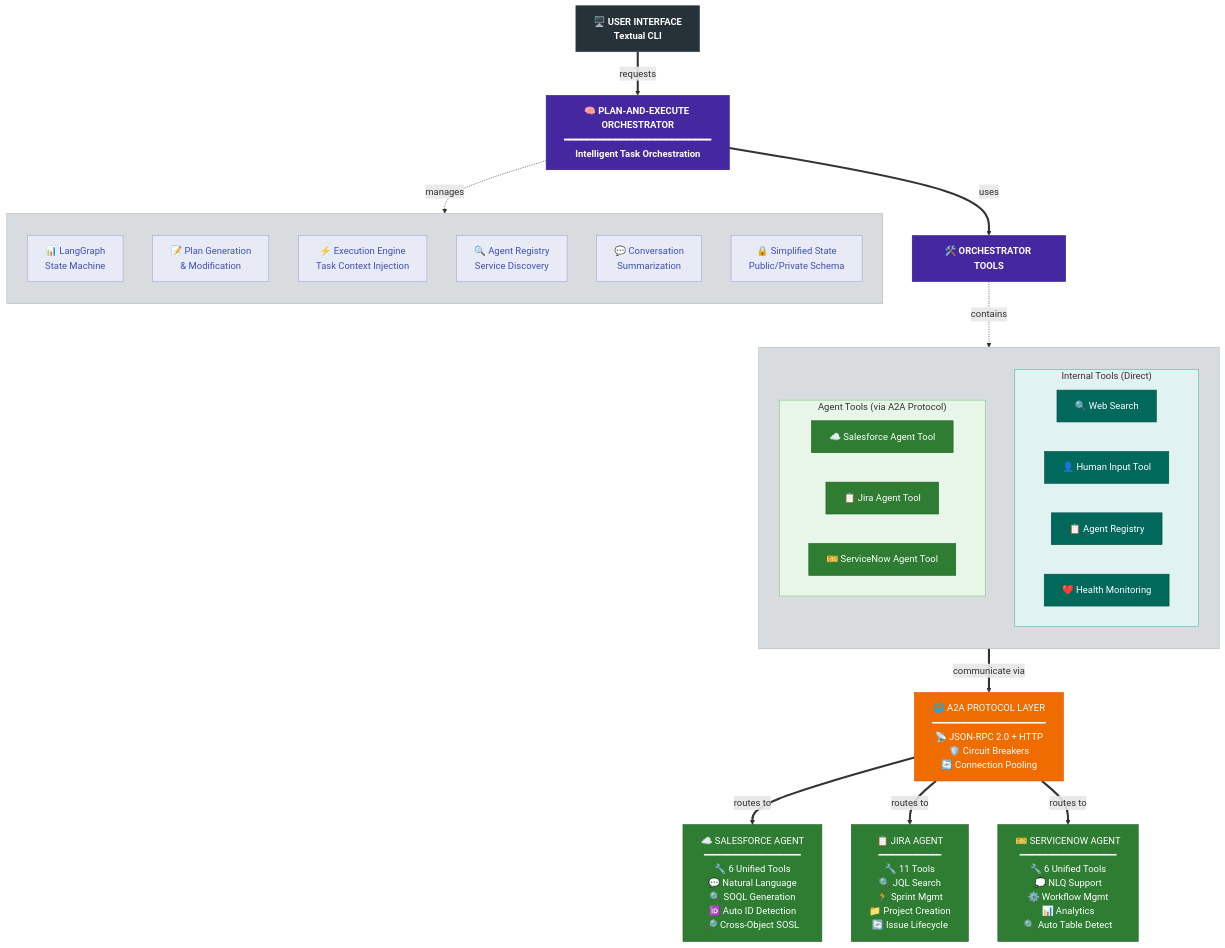
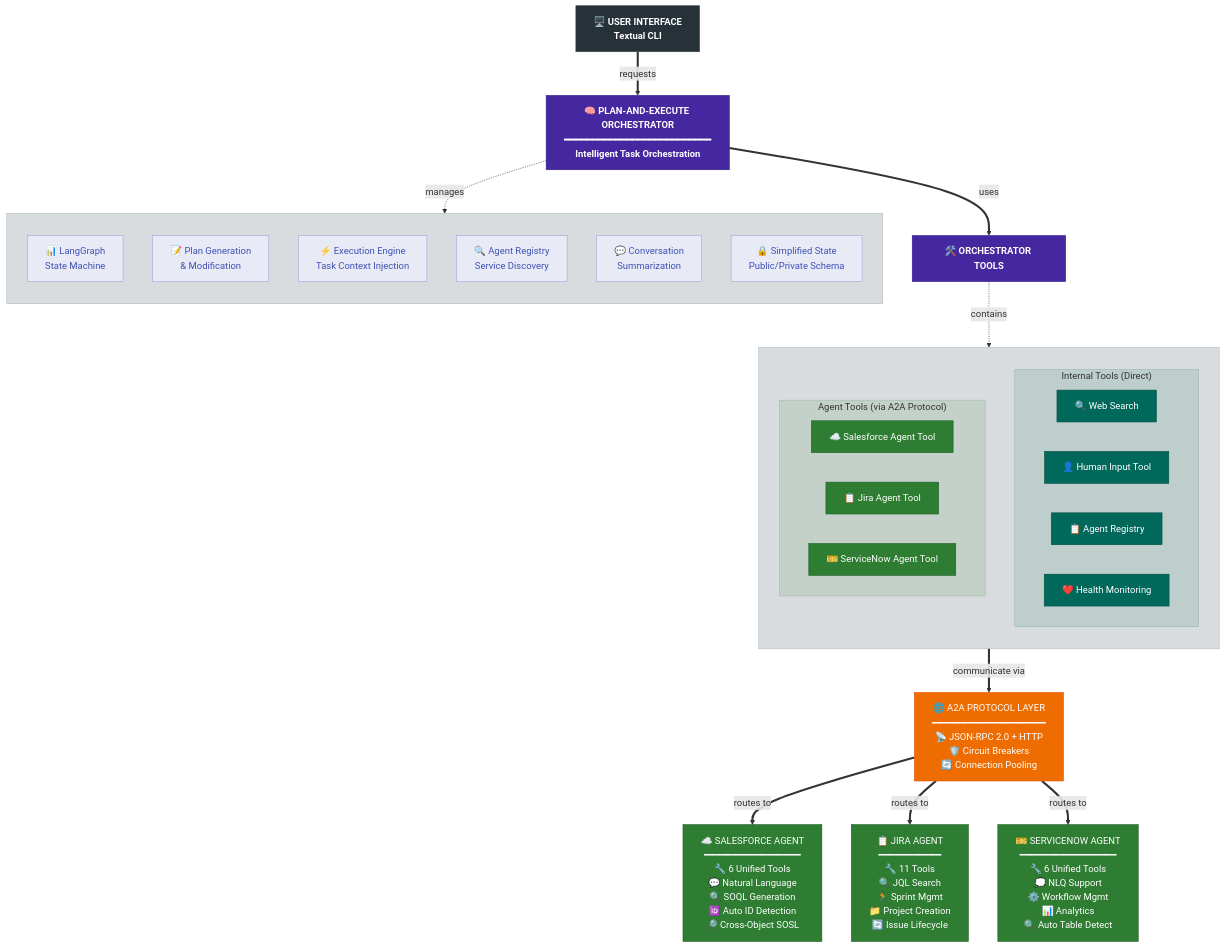
Before and after one commit to nickpeterson92/consultant-assistant: the first of 3 diagrams in docs/guides/comprehensive-onboarding-guide.md, drawn with Mermaid. The commit also changed 1 other file, not shown here.

Commit message:
improve visual cohesion

````diff
--- a/docs/guides/comprehensive-onboarding-guide.md
+++ b/docs/guides/comprehensive-onboarding-guide.md
@@ -242,69 +242,69 @@
 ```mermaid
 flowchart TB
     %% Modern, sleek color scheme with subtle, muted tones
     classDef uiClass fill:#263238,stroke:#37474f,stroke-width:1px,color:#ffffff,font-weight:bold
     classDef orchestratorClass fill:#4527a0,stroke:#311b92,stroke-width:1px,color:#ffffff,font-weight:bold
     classDef protocolClass fill:#ef6c00,stroke:#e65100,stroke-width:1px,color:#ffffff
     classDef agentToolClass fill:#2e7d32,stroke:#1b5e20,stroke-width:1px,color:#ffffff
     classDef internalToolClass fill:#00695c,stroke:#004d40,stroke-width:1px,color:#ffffff
     classDef componentClass fill:#e8eaf6,stroke:#9fa8da,stroke-width:1px,color:#3f51b5
     
     %% User Interface Layer
     UI[🖥️ USER INTERFACE<br>Textual CLI]:::uiClass
     
     %% Main Orchestrator
     UI ==>|"requests"| ORCH[🧠 PLAN-AND-EXECUTE ORCHESTRATOR<br>━━━━━━━━━━━━━━━━━━━━━━━━━━<br>Intelligent Task Orchestration]:::orchestratorClass
     
     %% Core Components with semi-transparent styling
     subgraph components[" "]
         direction TB
         LG[📊 LangGraph<br>State Machine]:::componentClass
         PG[📝 Plan Generation<br>& Modification]:::componentClass
         EE[⚡ Execution Engine<br>Task Context Injection]:::componentClass
         AR[🔍 Agent Registry<br>Service Discovery]:::componentClass
         CS[💬 Conversation<br>Summarization]:::componentClass
         SS[🔒 Simplified State<br>Public/Private Schema]:::componentClass
     end
     
     %% All Tools under one umbrella
     ORCH ==>|"uses"| TOOLS[🛠️ ORCHESTRATOR TOOLS]:::orchestratorClass
     
     %% Tools subgraph containing both types
     subgraph tools[" "]
         direction TB
         
         %% Internal Tools (Direct)
         subgraph internal["Internal Tools (Direct)"]
             WS[🔍 Web Search]:::internalToolClass
             HI[👤 Human Input Tool]:::internalToolClass
             REG[📋 Agent Registry]:::internalToolClass
             HM[❤️ Health Monitoring]:::internalToolClass
         end
         
         %% Agent Tools (via A2A)
         subgraph agents["Agent Tools (via A2A Protocol)"]
             SFT[☁️ Salesforce Agent Tool]:::agentToolClass
             JT[📋 Jira Agent Tool]:::agentToolClass
             SNT[🎫 ServiceNow Agent Tool]:::agentToolClass
         end
     end
     
     TOOLS -.->|contains| tools
     
     %% A2A Protocol connection from agent tools
     agents ==>|"communicate via"| PROTOCOL[🌐 A2A PROTOCOL LAYER<br>━━━━━━━━━━━━━━━━━━━━<br>📡 JSON-RPC 2.0 + HTTP<br>🛡️ Circuit Breakers<br>🔄 Connection Pooling]:::protocolClass
     
     %% Remote Agents
     PROTOCOL ==>|"routes to"| SF[☁️ SALESFORCE AGENT<br>━━━━━━━━━━━━━━━━━<br>🔧 6 Unified Tools<br>💬 Natural Language<br>🔍 SOQL Generation<br>🆔 Auto ID Detection<br>🔎 Cross-Object SOSL]:::agentToolClass
     
     PROTOCOL ==>|"routes to"| JIRA[📋 JIRA AGENT<br>━━━━━━━━━━━<br>🔧 11 Tools<br>🔍 JQL Search<br>🏃 Sprint Mgmt<br>📁 Project Creation<br>🔄 Issue Lifecycle]:::agentToolClass
     
     PROTOCOL ==>|"routes to"| SN[🎫 SERVICENOW AGENT<br>━━━━━━━━━━━━━━━━━<br>🔧 6 Unified Tools<br>💭 NLQ Support<br>⚙️ Workflow Mgmt<br>📊 Analytics<br>🔍 Auto Table Detect]:::agentToolClass
     
     %% Styling adjustments
     ORCH -.->|manages| components
     style components fill:#37474f30,stroke:#546e7a60,stroke-width:1px
     style tools fill:#37474f30,stroke:#546e7a60,stroke-width:1px
-    style internal fill:#e0f2f1,stroke:#4db6ac,stroke-width:1px
-    style agents fill:#e8f5e9,stroke:#81c784,stroke-width:1px
+    style internal fill:#00695c20,stroke:#00695c40,stroke-width:1px
+    style agents fill:#2e7d3220,stroke:#2e7d3240,stroke-width:1px
 ```
````
